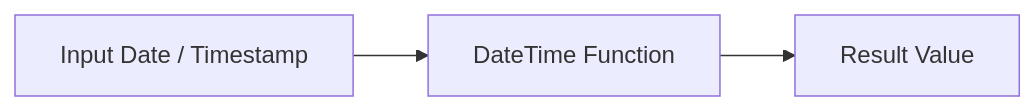
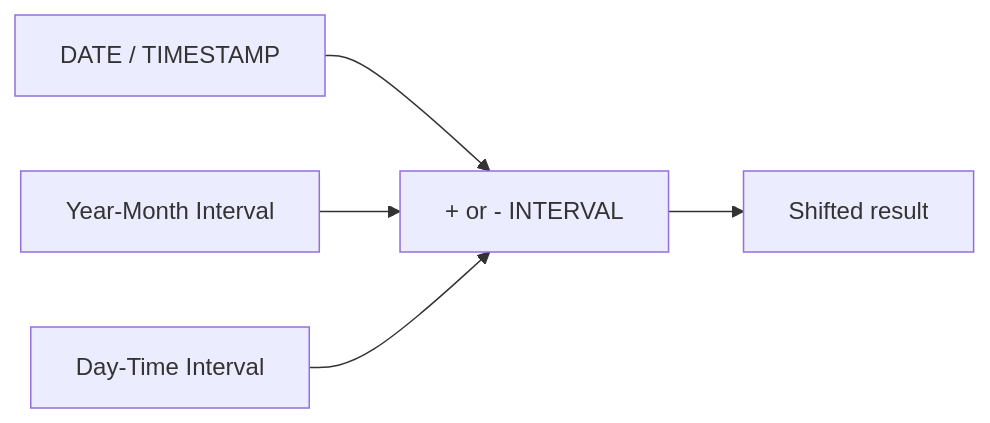
Before and after one commit to mahfooziiitian/spark-batch: the diagram in spark-sql/docs/functions/scalar/datetime/interval.md, drawn with Mermaid. The commit also changed other lines of this file and 809 other files, not shown here.

````diff
--- a/spark-sql/docs/functions/scalar/datetime/interval.md
+++ b/spark-sql/docs/functions/scalar/datetime/interval.md
@@ -9,5 +11,7 @@
 ```mermaid
 graph LR
-    A[Input Date / Timestamp] --> B[DateTime Function]
-    B --> C[Result Value]
+    A[DATE / TIMESTAMP] --> B[+ or - INTERVAL]
+    B --> C[Shifted result]
+    D[Year-Month Interval] --> B
+    E[Day-Time Interval] --> B
 ```
````
